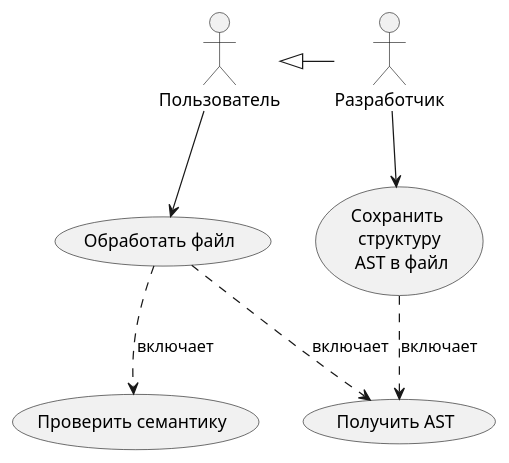
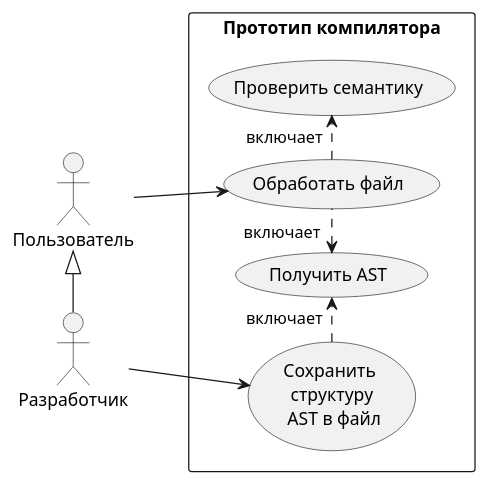
One commit to ITesserakt/Kodept changed the diagram in 04 - ВКРы/2023-2024 - Разр. мех. вывода типов/src/plantuml/usage.puml. Above: the diagram before and after it, drawn with PlantUML. The commit also changed 8 other files, not shown here.

```diff
--- a/04 - ВКРы/2023-2024 - Разр. мех. вывода типов/src/plantuml/usage.puml
+++ b/04 - ВКРы/2023-2024 - Разр. мех. вывода типов/src/plantuml/usage.puml
@@ -1,22 +1,27 @@
 @startuml
 'https://plantuml.com/use-case-diagram
+
+left to right direction
 
 :Пользователь: as U
 :Разработчик: as D
 
-(Обработать файл) as (Compile)
-(Сохранить \n структуру \n AST в файл) as (Save)
-(Получить AST) as (AST)
-(Проверить семантику) as (Semantics)
+rectangle "Прототип компилятора" {
+    usecase "Обработать файл" as Compile
+    usecase "Сохранить \n структуру \n AST в файл" as Save
+    usecase "Получить AST" as AST
+    usecase "Проверить семантику" as Semantics
+}
 
-U --> (Compile)
+U --> Compile
 
-(Compile) .right.> (AST): включает
-(Save) ..> (AST): включает
-(Compile) ..> (Semantics): включает
+D --> Save
 
+D --left-|> U
 
-D -left-|> U
-D --> (Save)
+Compile .left.> "включает" AST
+Compile .right.> "включает" Semantics
+
+Save .right.> "включает" AST
 
 @enduml
```
